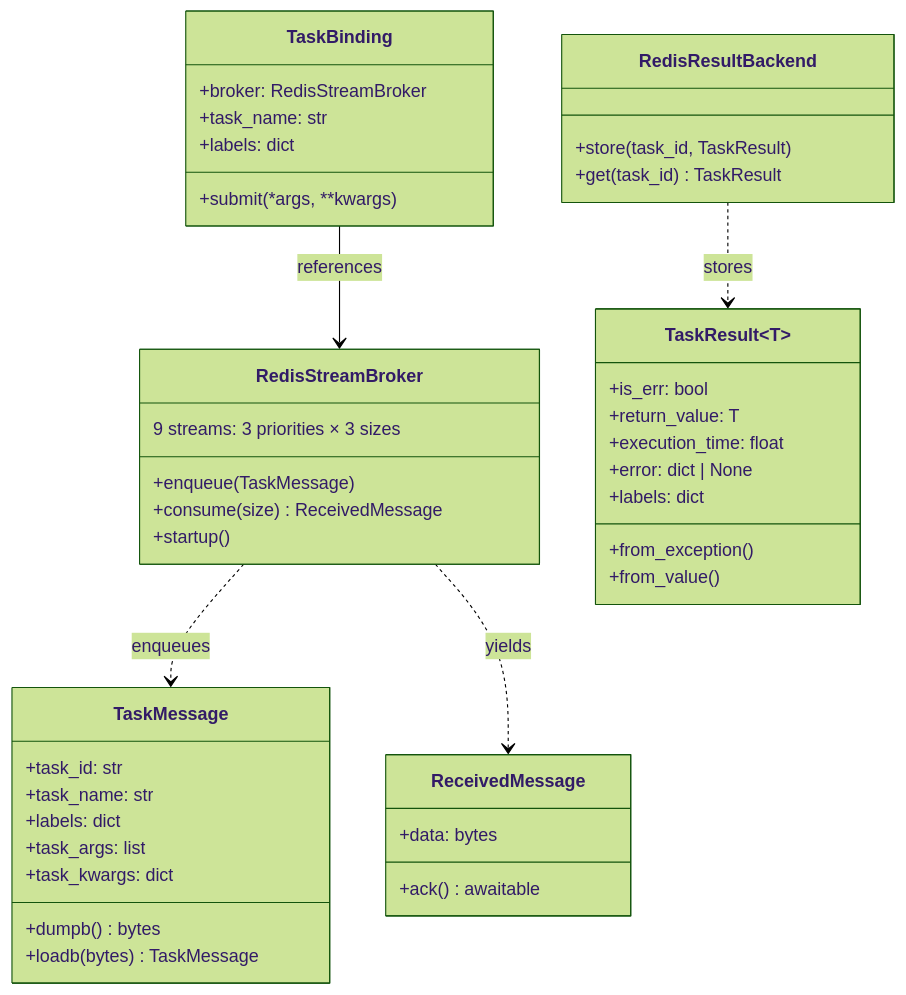
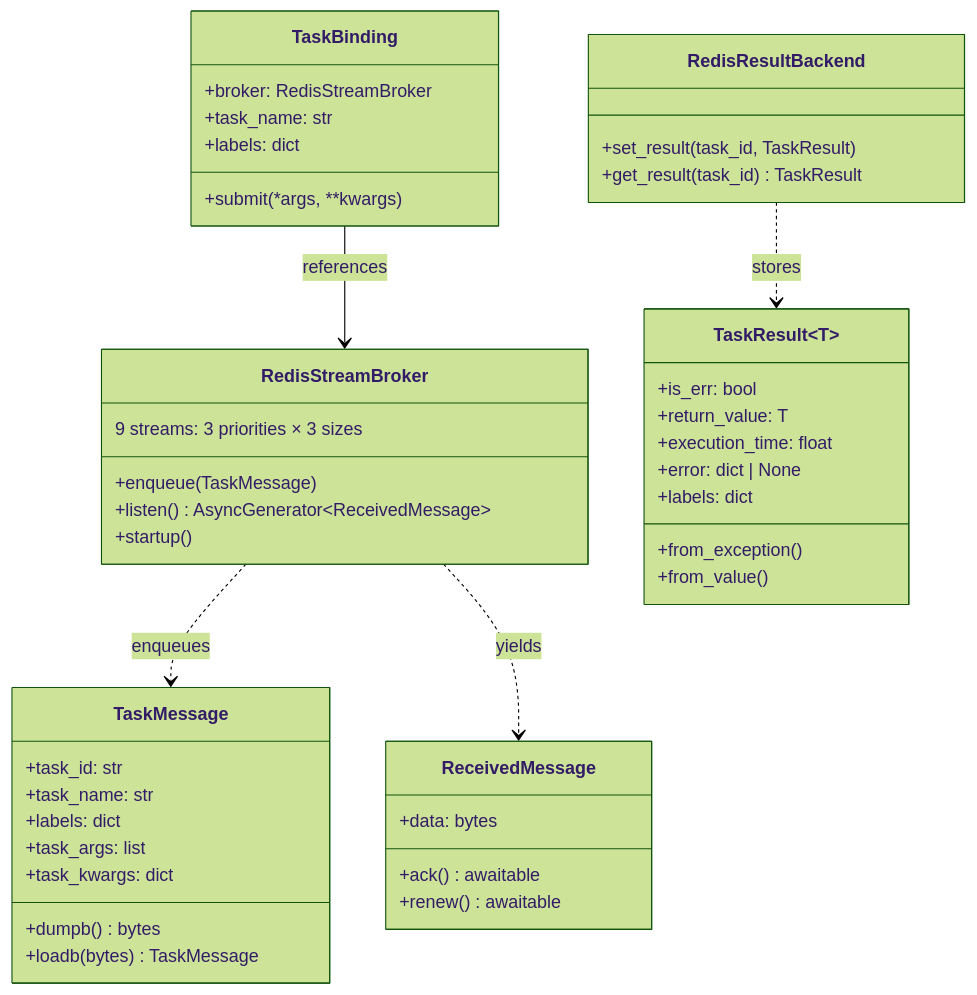
One commit to DIRACGrid/diracx changed the third of 4 diagrams in docs/dev/explanations/tasks/class-details.md. Above: the diagram before and after it, drawn with Mermaid (forest theme). The commit also changed other lines of this file and 8 other files, not shown here.

````diff
--- a/docs/dev/explanations/tasks/class-details.md
+++ b/docs/dev/explanations/tasks/class-details.md
@@ -146,51 +146,52 @@
 ```mermaid
 classDiagram
     class RedisStreamBroker {
         9 streams: 3 priorities × 3 sizes
         +enqueue(TaskMessage)
-        +consume(size) ReceivedMessage
+        +listen() AsyncGenerator~ReceivedMessage~
         +startup()
     }
 
     class TaskMessage {
         +task_id: str
         +task_name: str
         +labels: dict
         +task_args: list
         +task_kwargs: dict
         +dumpb() bytes
         +loadb(bytes) TaskMessage
     }
 
     class TaskResult~T~ {
         +is_err: bool
         +return_value: T
         +execution_time: float
         +error: dict | None
         +labels: dict
         +from_exception()
         +from_value()
     }
 
     class ReceivedMessage {
         +data: bytes
         +ack() awaitable
+        +renew() awaitable
     }
 
     class TaskBinding {
         +broker: RedisStreamBroker
         +task_name: str
         +labels: dict
         +submit(*args, **kwargs)
     }
 
     class RedisResultBackend {
-        +store(task_id, TaskResult)
-        +get(task_id) TaskResult
+        +set_result(task_id, TaskResult)
+        +get_result(task_id) TaskResult
     }
 
     RedisStreamBroker ..> TaskMessage : enqueues
     RedisStreamBroker ..> ReceivedMessage : yields
     RedisResultBackend ..> TaskResult : stores
     TaskBinding --> RedisStreamBroker : references
 ```
````
